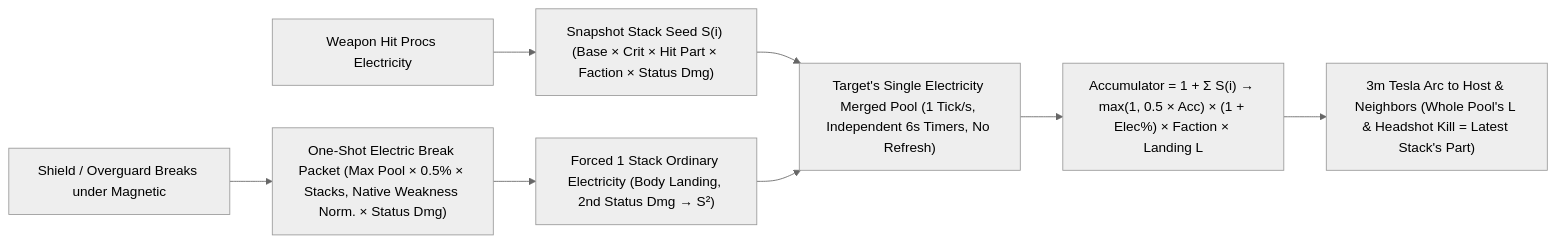
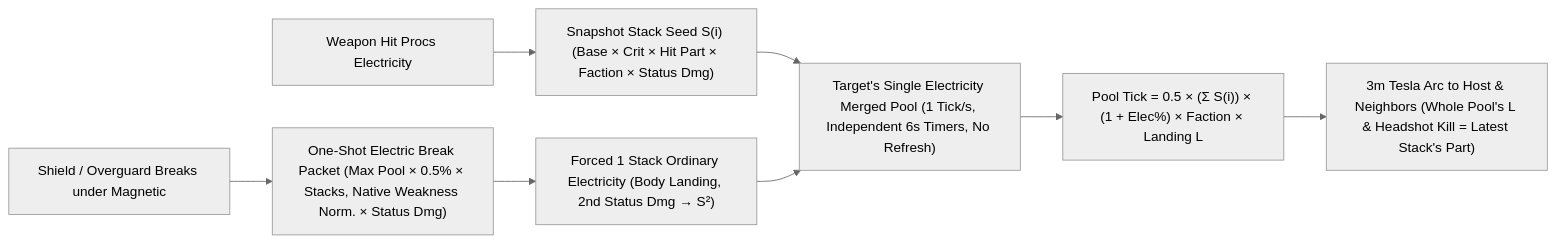
One commit to magenie33/wfsim changed the first of 2 diagrams in docs/mechanics/en/magnetic-electricity.md. Above: the diagram before and after it, drawn with Mermaid (neutral theme). The commit also changed other lines of this file and 5 other files, not shown here.

````diff
--- a/docs/mechanics/en/magnetic-electricity.md
+++ b/docs/mechanics/en/magnetic-electricity.md
@@ -28,10 +28,10 @@
 ```mermaid
 flowchart LR
     A["Weapon Hit Procs Electricity"] --> B["Snapshot Stack Seed S(i) (Base × Crit × Hit Part × Faction × Status Dmg)"]
     M["Shield / Overguard Breaks under Magnetic"] --> M1["One-Shot Electric Break Packet (Max Pool × 0.5% × Stacks, Native Weakness Norm. × Status Dmg)"]
     M1 --> M2["Forced 1 Stack Ordinary Electricity (Body Landing, 2nd Status Dmg → S²)"]
     B --> P["Target's Single Electricity Merged Pool (1 Tick/s, Independent 6s Timers, No Refresh)"]
     M2 --> P
-    P --> R["Accumulator = 1 + Σ S(i) → max(1, 0.5 × Acc) × (1 + Elec%) × Faction × Landing L"]
+    P --> R["Pool Tick = 0.5 × (Σ S(i)) × (1 + Elec%) × Faction × Landing L"]
     R --> T["3m Tesla Arc to Host & Neighbors (Whole Pool's L & Headshot Kill = Latest Stack's Part)"]
 ```
````
